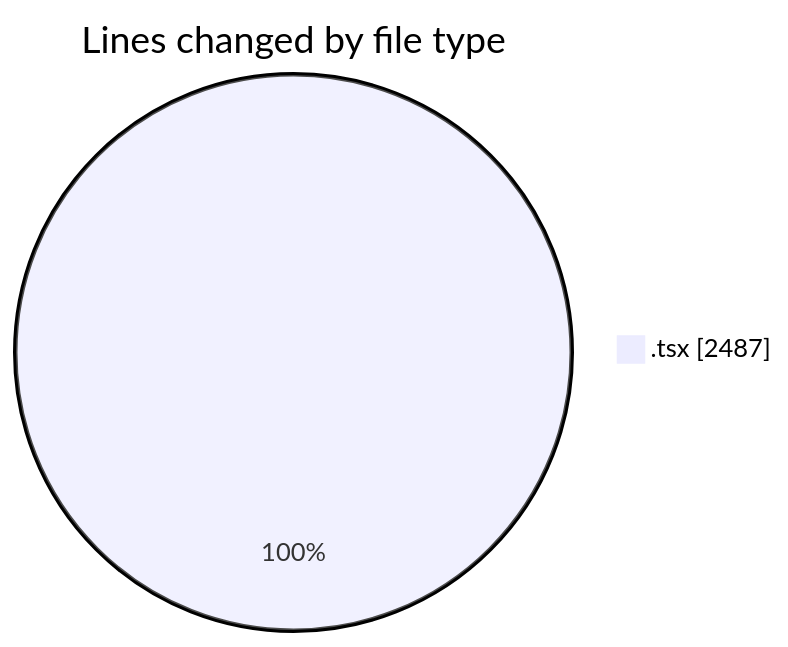
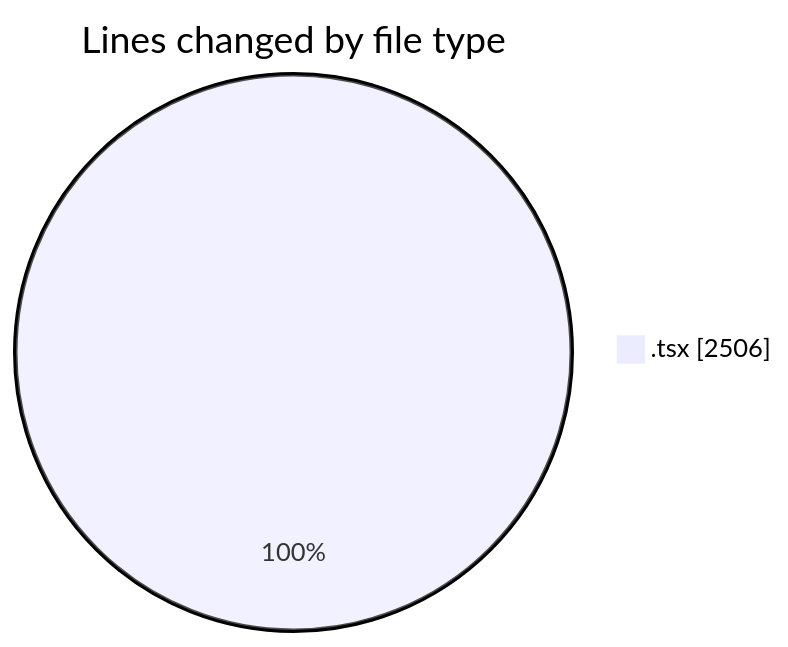
One commit to momahboobian/code-tracking changed the first of 2 diagrams in 2025-11-17/cda/README.md. Above: the diagram before and after it, drawn with Mermaid. The commit also changed other lines of this file and 1 other file, not shown here.

````diff
--- a/2025-11-17/cda/README.md
+++ b/2025-11-17/cda/README.md
@@ -20,5 +20,5 @@
 ```mermaid
 pie showData
 title Lines changed by file type
-".tsx" : 2487
+".tsx" : 2506
 ```
````
